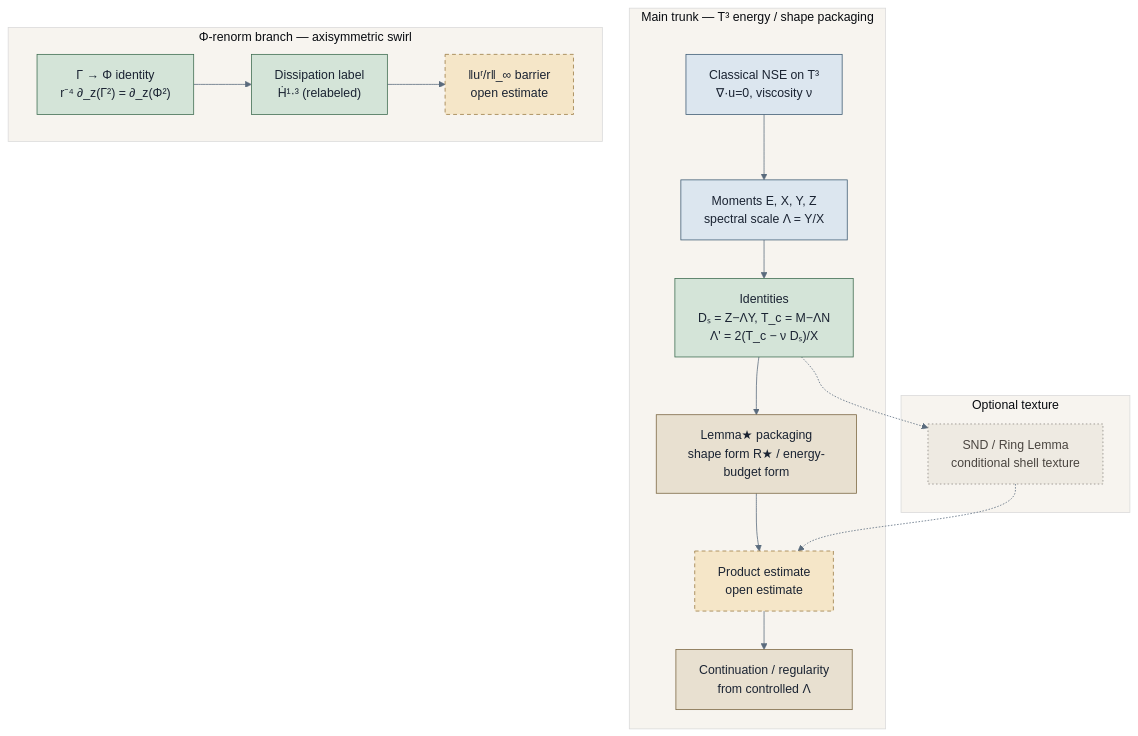
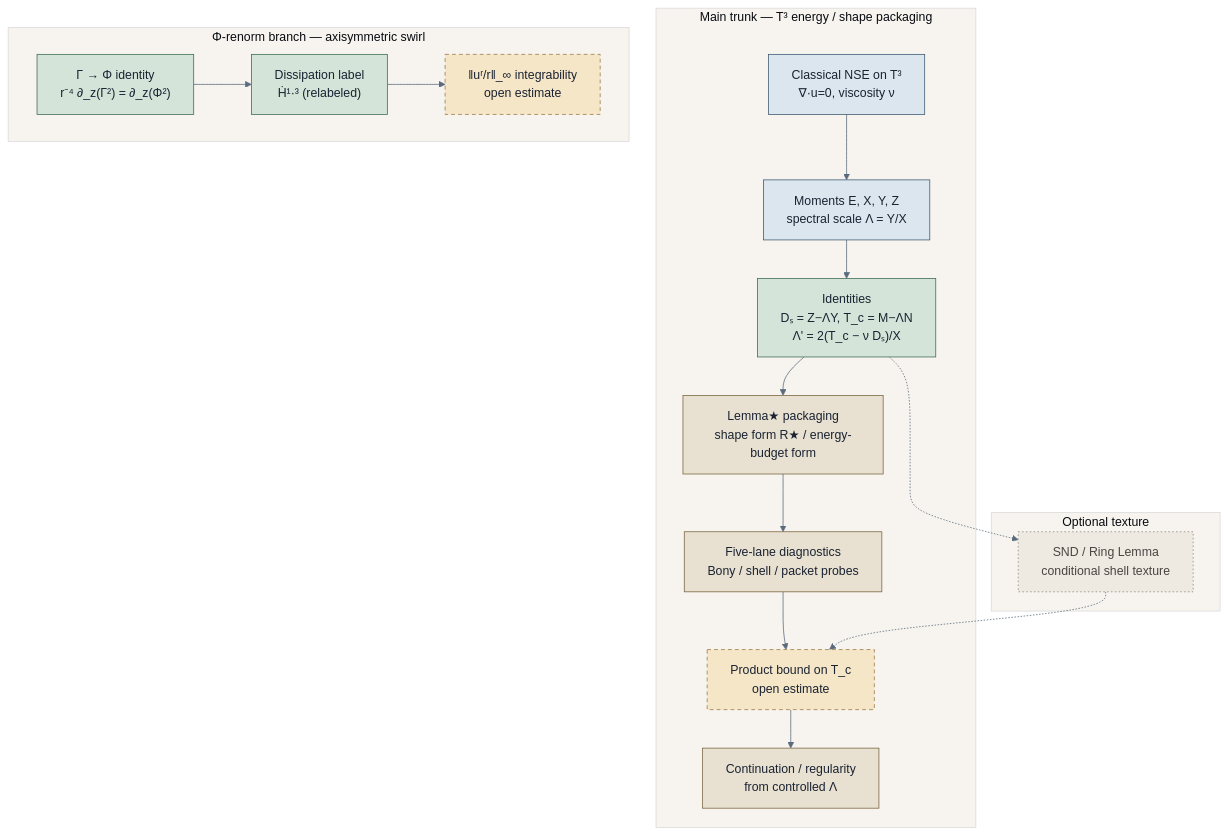
Before and after one commit to simons357/Ship_it_app: the diagram in docs/ns-review/visual-journey/figures/proof-chain.mmd, drawn with Mermaid. The commit also changed 14 other files, not shown here.

First line of the commit message:
Expand proof journey: five-lane on chain, reputation lock, artifacts.

```diff
--- a/docs/ns-review/visual-journey/figures/proof-chain.mmd
+++ b/docs/ns-review/visual-journey/figures/proof-chain.mmd
@@ -1,44 +1,45 @@
 %%{init: {'theme': 'base', 'themeVariables': {
   'primaryColor': '#e8eef4',
   'primaryTextColor': '#1a2332',
   'primaryBorderColor': '#3d5a73',
   'lineColor': '#5a6b7d',
   'secondaryColor': '#f3efe6',
   'tertiaryColor': '#f7f4ef'
 }}}%%
 flowchart TB
   subgraph trunk["Main trunk — T³ energy / shape packaging"]
     NSE["Classical NSE on T³<br/>∇·u=0, viscosity ν"]
     MOM["Moments E, X, Y, Z<br/>spectral scale Λ = Y/X"]
     ID["Identities<br/>Dₛ = Z−ΛY, T_c = M−ΛN<br/>Λ' = 2(T_c − ν Dₛ)/X"]
     STAR["Lemma★ packaging<br/>shape form R★ / energy-budget form"]
-    PROD["Product estimate<br/>open estimate"]
+    FIVE["Five-lane diagnostics<br/>Bony / shell / packet probes"]
+    PROD["Product bound on T_c<br/>open estimate"]
     REG["Continuation / regularity<br/>from controlled Λ"]
   end
 
   subgraph phi["Φ-renorm branch — axisymmetric swirl"]
     PHIID["Γ → Φ identity<br/>r⁻⁴ ∂_z(Γ²) = ∂_z(Φ²)"]
     HDOT["Dissipation label<br/>Ḣ¹·³ (relabeled)"]
-    BAR["‖uʳ/r‖_∞ barrier<br/>open estimate"]
+    BAR["‖uʳ/r‖_∞ integrability<br/>open estimate"]
   end
 
   subgraph snd["Optional texture"]
     SNDN["SND / Ring Lemma<br/>conditional shell texture"]
   end
 
-  NSE --> MOM --> ID --> STAR --> PROD --> REG
+  NSE --> MOM --> ID --> STAR --> FIVE --> PROD --> REG
   PHIID --> HDOT --> BAR
   ID -.-> SNDN
   SNDN -.-> PROD
 
   classDef classical fill:#dce6ef,stroke:#3d5a73,color:#1a2332
   classDef identity fill:#d4e4d8,stroke:#3d6b4f,color:#1a2332
   classDef package fill:#e8e0d0,stroke:#7a6540,color:#1a2332
   classDef open fill:#f5e6c8,stroke:#9a7a40,color:#1a2332,stroke-dasharray: 5 4
   classDef optional fill:#eeeae2,stroke:#8a8580,color:#4a4540,stroke-dasharray: 2 3
 
   class NSE,MOM classical
   class ID,PHIID,HDOT identity
-  class STAR,REG package
+  class STAR,FIVE,REG package
   class PROD,BAR open
   class SNDN optional
```
